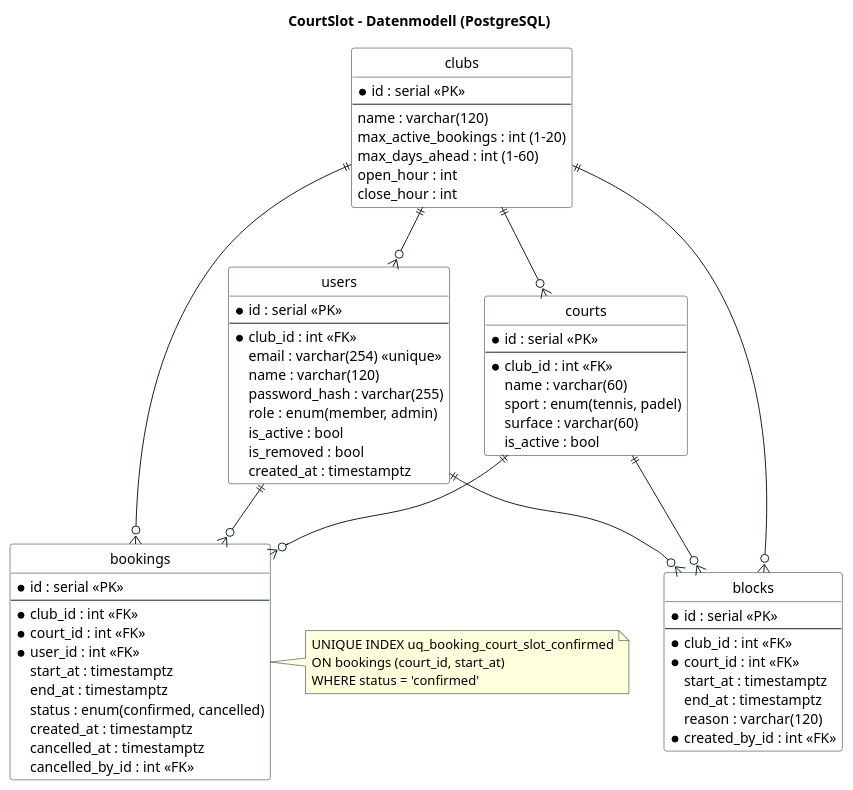
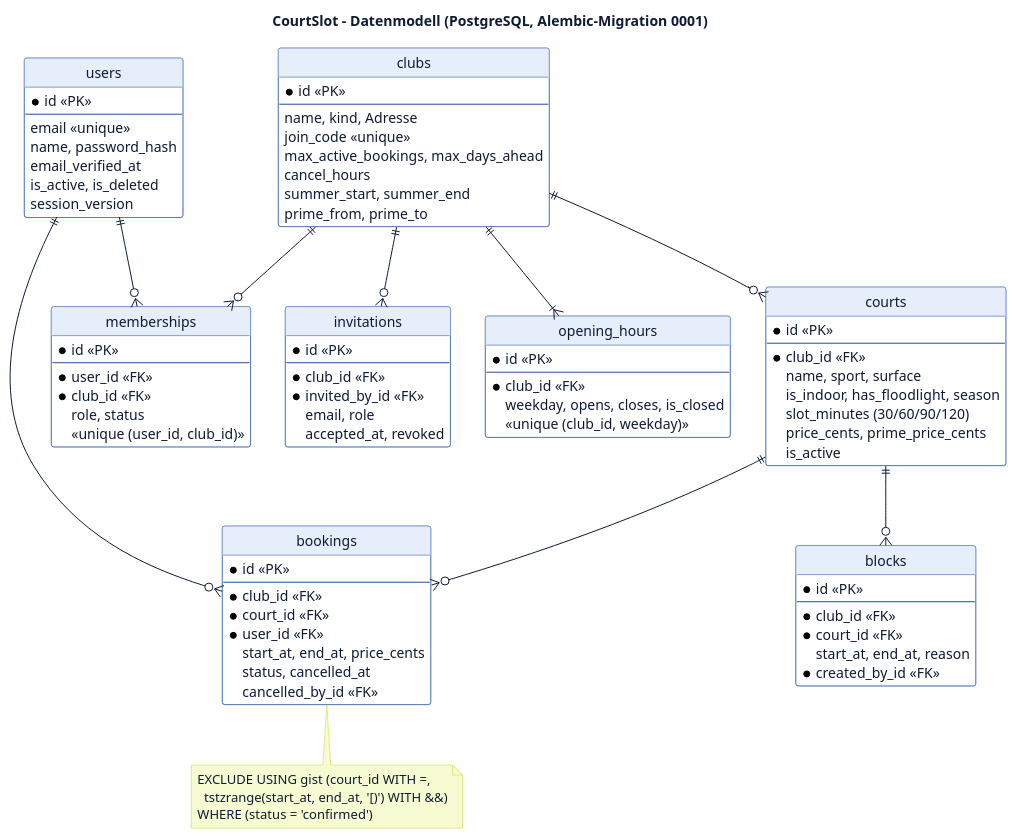
Before and after one commit to pasi140802/Anwendungsentwicklung: the diagram in docs/uml/05_datenmodell.puml, drawn with PlantUML. The commit also changed 26 other files, not shown here.

First line of the commit message:
UML-Diagramme auf Plattform-Modell und App-Farben aktualisiert

```diff
--- a/docs/uml/05_datenmodell.puml
+++ b/docs/uml/05_datenmodell.puml
@@ -1,83 +1,100 @@
 @startuml datenmodell
-title CourtSlot – Datenmodell (PostgreSQL)
+title CourtSlot – Datenmodell (PostgreSQL, Alembic-Migration 0001)
 skinparam shadowing false
-skinparam ArrowColor #13261F
+skinparam ArrowColor #0e1b33
 skinparam defaultFontName Arial
+skinparam defaultFontColor #0e1b33
 skinparam classBackgroundColor #FFFFFF
-skinparam classBorderColor #13261F
+skinparam classBorderColor #1f4e9c
+skinparam classHeaderBackgroundColor #e6eefb
+skinparam noteBackgroundColor #f6fbd2
+skinparam noteBorderColor #c6d82c
 hide circle
 hide methods
 
+entity users {
+  * id <<PK>>
+  --
+  email <<unique>>
+  name, password_hash
+  email_verified_at
+  is_active, is_deleted
+  session_version
+}
 entity clubs {
-  * id : serial <<PK>>
+  * id <<PK>>
   --
-  name : varchar(120)
-  max_active_bookings : int (1–20)
-  max_days_ahead : int (1–60)
-  open_hour : int
-  close_hour : int
+  name, kind, Adresse
+  join_code <<unique>>
+  max_active_bookings, max_days_ahead
+  cancel_hours
+  summer_start, summer_end
+  prime_from, prime_to
+}
+entity memberships {
+  * id <<PK>>
+  --
+  * user_id <<FK>>
+  * club_id <<FK>>
+  role, status
+  <<unique (user_id, club_id)>>
+}
+entity invitations {
+  * id <<PK>>
+  --
+  * club_id <<FK>>
+  * invited_by_id <<FK>>
+  email, role
+  accepted_at, revoked
+}
+entity opening_hours {
+  * id <<PK>>
+  --
+  * club_id <<FK>>
+  weekday, opens, closes, is_closed
+  <<unique (club_id, weekday)>>
+}
+entity courts {
+  * id <<PK>>
+  --
+  * club_id <<FK>>
+  name, sport, surface
+  is_indoor, has_floodlight, season
+  slot_minutes (30/60/90/120)
+  price_cents, prime_price_cents
+  is_active
+}
+entity bookings {
+  * id <<PK>>
+  --
+  * club_id <<FK>>
+  * court_id <<FK>>
+  * user_id <<FK>>
+  start_at, end_at, price_cents
+  status, cancelled_at
+  cancelled_by_id <<FK>>
+}
+entity blocks {
+  * id <<PK>>
+  --
+  * club_id <<FK>>
+  * court_id <<FK>>
+  start_at, end_at, reason
+  * created_by_id <<FK>>
 }
 
-entity users {
-  * id : serial <<PK>>
-  --
-  * club_id : int <<FK>>
-  email : varchar(254) <<unique>>
-  name : varchar(120)
-  password_hash : varchar(255)
-  role : enum(member, admin)
-  is_active : bool
-  is_removed : bool
-  created_at : timestamptz
-}
-
-entity courts {
-  * id : serial <<PK>>
-  --
-  * club_id : int <<FK>>
-  name : varchar(60)
-  sport : enum(tennis, padel)
-  surface : varchar(60)
-  is_active : bool
-}
-
-entity bookings {
-  * id : serial <<PK>>
-  --
-  * club_id : int <<FK>>
-  * court_id : int <<FK>>
-  * user_id : int <<FK>>
-  start_at : timestamptz
-  end_at : timestamptz
-  status : enum(confirmed, cancelled)
-  created_at : timestamptz
-  cancelled_at : timestamptz
-  cancelled_by_id : int <<FK>>
-}
-
-entity blocks {
-  * id : serial <<PK>>
-  --
-  * club_id : int <<FK>>
-  * court_id : int <<FK>>
-  start_at : timestamptz
-  end_at : timestamptz
-  reason : varchar(120)
-  * created_by_id : int <<FK>>
-}
-
-clubs ||--o{ users
+users ||--o{ memberships
+clubs ||--o{ memberships
+clubs ||--o{ invitations
+clubs ||--|{ opening_hours
 clubs ||--o{ courts
-clubs ||--o{ bookings
-clubs ||--o{ blocks
 courts ||--o{ bookings
 users ||--o{ bookings
 courts ||--o{ blocks
-users ||--o{ blocks
 
-note right of bookings
-  UNIQUE INDEX uq_booking_court_slot_confirmed
-  ON bookings (court_id, start_at)
-  WHERE status = 'confirmed'
+note bottom of bookings
+  EXCLUDE USING gist (court_id WITH =,
+    tstzrange(start_at, end_at, '[)') WITH &&)
+  WHERE (status = 'confirmed')
 end note
 @enduml
```
